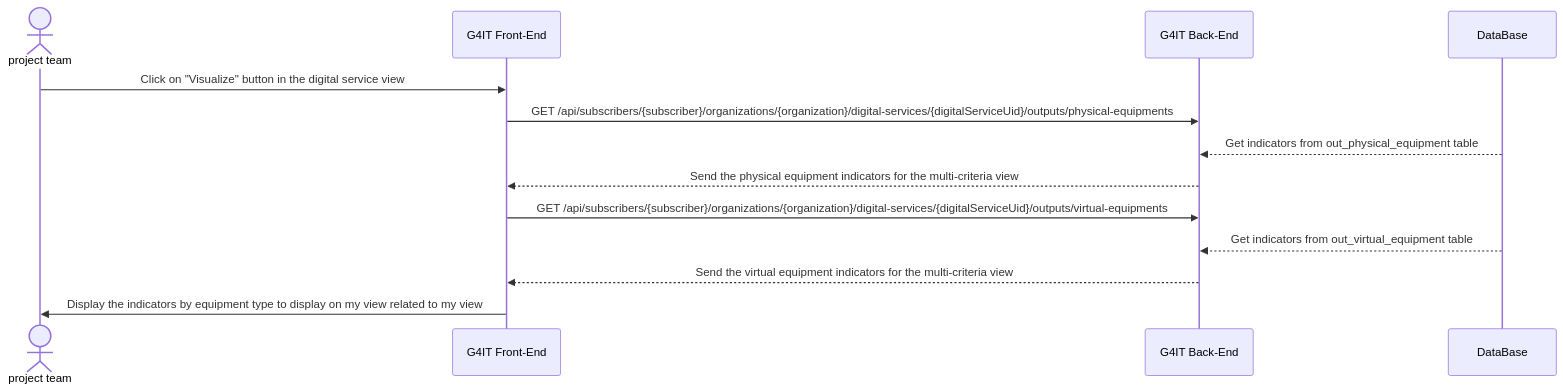
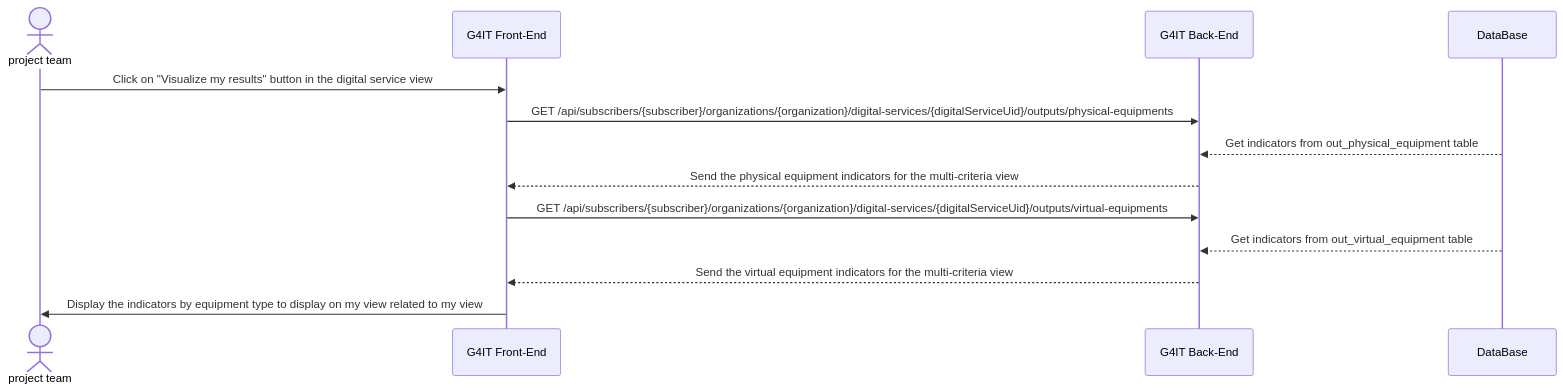
The second of 2 diagrams in services/documentation/content/2-functional-documentation/use_cases/uc_digital_services/uc5_visualize_footprint/_index.md (teamg4it/g4it), drawn with Mermaid before and after one commit. The commit also changed other lines of this file and 4 other files, not shown here.

```diff
--- a/services/documentation/content/2-functional-documentation/use_cases/uc_digital_services/uc5_visualize_footprint/_index.md
+++ b/services/documentation/content/2-functional-documentation/use_cases/uc_digital_services/uc5_visualize_footprint/_index.md
@@ -97,17 +97,17 @@
 {{< mermaid >}}
 sequenceDiagram
 actor RND as project team
 participant front as G4IT Front-End
 participant back as G4IT Back-End
 participant DataBase
 
-RND ->> front: Click on "Visualize" button in the digital service view
+RND ->> front: Click on "Visualize my results" button in the digital service view
 front ->> back: GET /api/subscribers/{subscriber}/organizations/{organization}/digital-services/{digitalServiceUid}/outputs/physical-equipments
 DataBase-->> back: Get indicators from out_physical_equipment table
 back-->> front: Send the physical equipment indicators for the multi-criteria view
 front ->> back: GET /api/subscribers/{subscriber}/organizations/{organization}/digital-services/{digitalServiceUid}/outputs/virtual-equipments
 DataBase-->> back: Get indicators from out_virtual_equipment table
 back-->> front: Send the virtual equipment indicators for the multi-criteria view
 front->> RND : Display the indicators by equipment type to display on my view related to my view
 
 {{< /mermaid >}}
```
